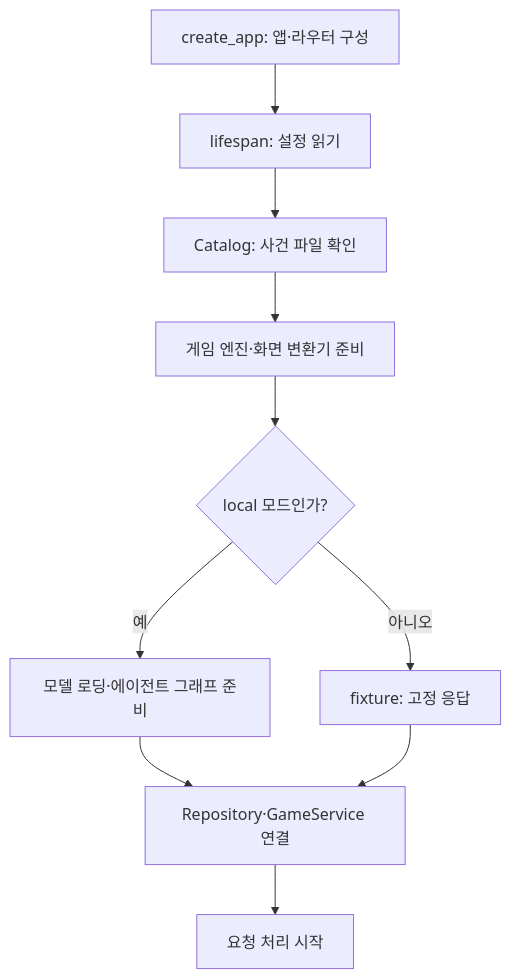
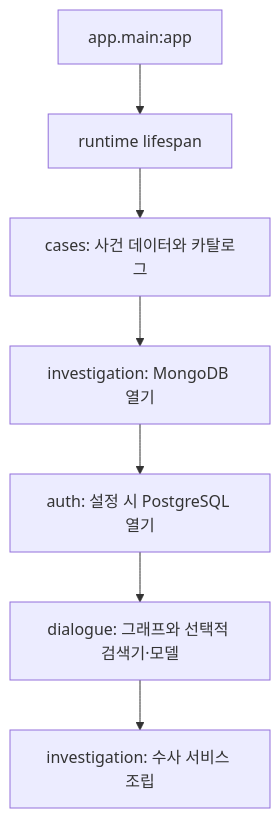
Before and after one commit to ClickClackDetectives/click_detective: the diagram in click_detective_FastAPI/docs/시작하기/03_전체_처리_흐름.md, drawn with Mermaid. The commit also changed other lines of this file and 452 other files, not shown here.

````diff
--- a/click_detective_FastAPI/docs/시작하기/03_전체_처리_흐름.md
+++ b/click_detective_FastAPI/docs/시작하기/03_전체_처리_흐름.md
@@ -9,12 +7,9 @@
 ```mermaid
 flowchart TD
-    A[create_app: 앱·라우터 구성] --> B[lifespan: 설정 읽기]
-    B --> C[Catalog: 사건 파일 확인]
-    C --> D[게임 엔진·화면 변환기 준비]
-    D --> E{local 모드인가?}
-    E -->|예| F[모델 로딩·에이전트 그래프 준비]
-    E -->|아니오| G[fixture: 고정 응답]
-    F --> H[Repository·GameService 연결]
-    G --> H
-    H --> I[요청 처리 시작]
+    A["app.main:app"] --> B["runtime lifespan"]
+    B --> C["cases: 사건 데이터와 카탈로그"]
+    C --> D["investigation: MongoDB 열기"]
+    D --> E["auth: 설정 시 PostgreSQL 열기"]
+    E --> F["dialogue: 그래프와 선택적 검색기·모델"]
+    F --> G["investigation: 수사 서비스 조립"]
 ```
````
